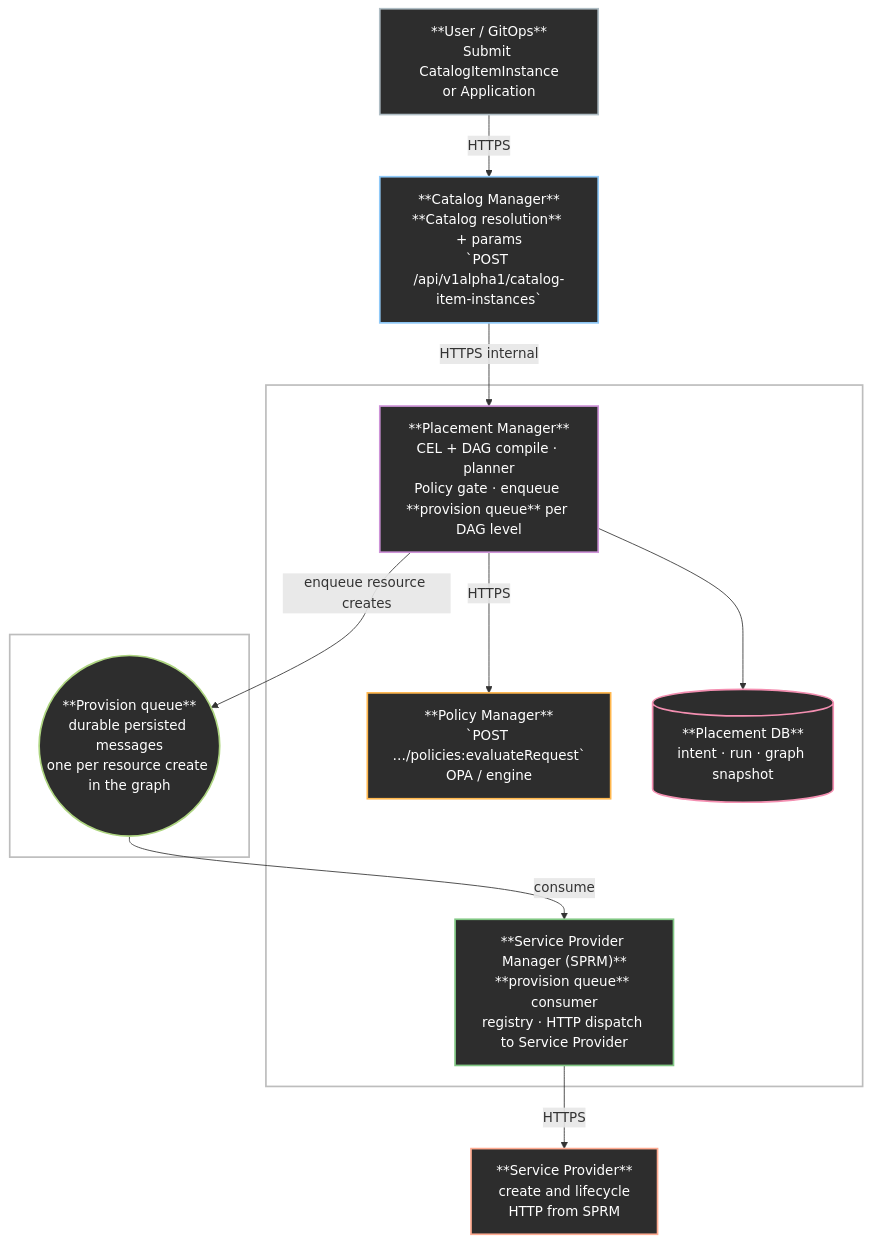
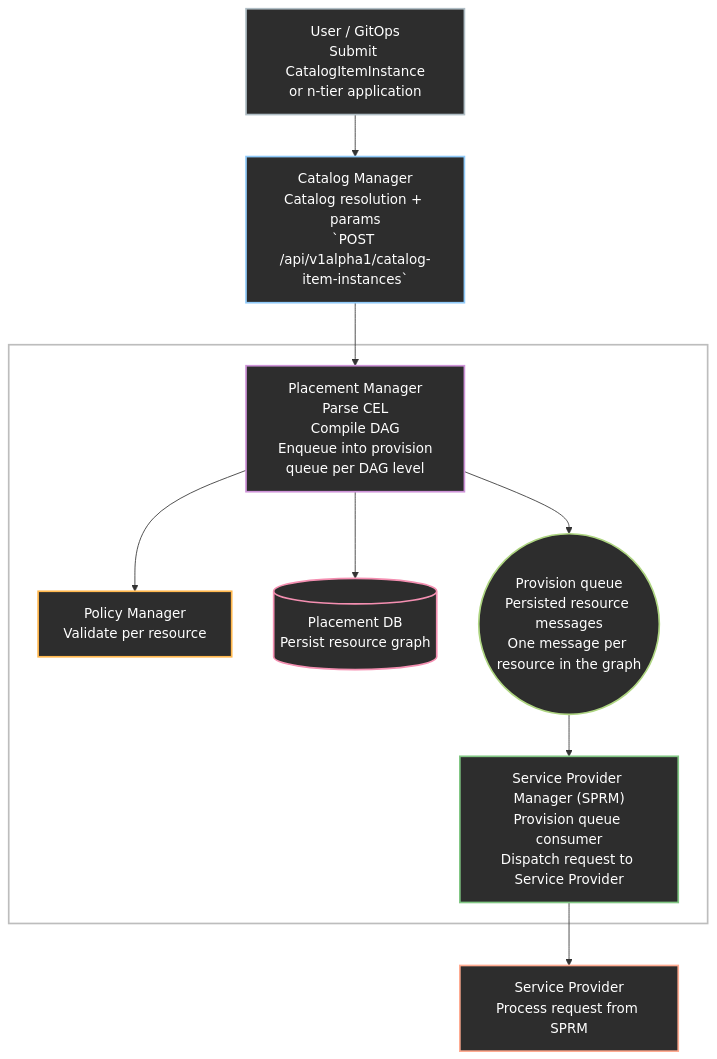
Before and after one commit to dcm-project/enhancements: the first of 2 diagrams in enhancements/declarative-api/declarative-api.md, drawn with Mermaid.

Commit message:
Fix flowchart diagram Assisted-By: Cursor AI

````diff
--- a/enhancements/declarative-api/declarative-api.md
+++ b/enhancements/declarative-api/declarative-api.md
@@ -104,46 +104,44 @@
 ```mermaid
 %%{init: {'flowchart': {'rankSpacing': 90, 'nodeSpacing': 28, 'curve': 'linear'},}}%%
 flowchart TD
     classDef catalogManager fill:#2d2d2d,color:#ffffff,stroke:#90caf9,stroke-width:2px
     classDef placementManager fill:#2d2d2d,color:#ffffff,stroke:#ce93d8,stroke-width:2px
     classDef policyEngine fill:#2d2d2d,color:#ffffff,stroke:#ffb74d,stroke-width:2px
     classDef spResourceManager fill:#2d2d2d,color:#ffffff,stroke:#81c784,stroke-width:2px
     classDef database fill:#2d2d2d,color:#ffffff,stroke:#f48fb1,stroke-width:2px
     classDef messaging fill:#2d2d2d,color:#ffffff,stroke:#aed581,stroke-width:2px
     classDef provider fill:#2d2d2d,color:#ffffff,stroke:#ffab91,stroke-width:2px
     classDef user fill:#2d2d2d,color:#ffffff,stroke:#b0bec5,stroke-width:2px
     classDef dcmCore fill:#FFFFFF,stroke:#bdbdbd,stroke-width:2px
 
-    U["**User / GitOps**<br/>Submit CatalogItemInstance<br/>or Application"]:::user
+    U["User / GitOps<br/>Submit CatalogItemInstance<br/>or n-tier application"]:::user
 
-    CM["**Catalog Manager**<br/>**Catalog resolution** + params<br/>`POST /api/v1alpha1/catalog-item-instances`"]:::catalogManager
+    CM["Catalog Manager<br/>Catalog resolution + params<br/>`POST /api/v1alpha1/catalog-item-instances`"]:::catalogManager
 
     subgraph DCM_Core [ ]
-        PM["**Placement Manager**<br/>CEL + DAG compile · planner<br/>Policy gate · enqueue **provision queue** per DAG level"]:::placementManager
+        PM["Placement Manager<br/>Parse CEL<br/> Compile DAG <br/> Enqueue into provision queue per DAG level"]:::placementManager
 
-        PE["**Policy Manager**<br/>`POST …/policies:evaluateRequest`<br/>OPA / engine"]:::policyEngine
+        PE["Policy Manager<br/>Validate per resource<br/>"]:::policyEngine
 
-        SPRM["**Service Provider Manager (SPRM)**<br/>**provision queue** consumer<br/>registry · HTTP dispatch to Service Provider"]:::spResourceManager
+        SPRM["Service Provider Manager (SPRM)<br/>Provision queue consumer<br/>Dispatch request to Service Provider"]:::spResourceManager
 
-        PM_DB[("**Placement DB**<br/>intent · run · graph snapshot")]:::database
+        PM_DB[("Placement DB<br/>Persist resource graph")]:::database
+
+        ProvQ(("Provision queue<br/>Persisted resource messages<br/>One message per resource in the graph")):::messaging
     end
 
-    subgraph Provision_queue [ ]
-        ProvQ(("**Provision queue**<br/>durable persisted messages<br/>one per resource create in the graph")):::messaging
-    end
+    SP["Service Provider<br/>Process request from SPRM<br/>"]:::provider
 
-    SP["**Service Provider**<br/>create and lifecycle<br/>HTTP from SPRM"]:::provider
+    U --> CM
+    CM --> PM
 
-    U -->|HTTPS| CM
-    CM -->|HTTPS internal| PM
-
-    PM -->|HTTPS| PE
+    PM --> PE
     PM --> PM_DB
 
-    PM -->|enqueue resource creates| ProvQ
-    ProvQ -->|consume| SPRM
-    SPRM -->|HTTPS| SP
+    PM --> ProvQ
+    ProvQ --> SPRM
+    SPRM --> SP
 
     class DCM_Core dcmCore
     class Provision_queue dcmCore
 ```
````
